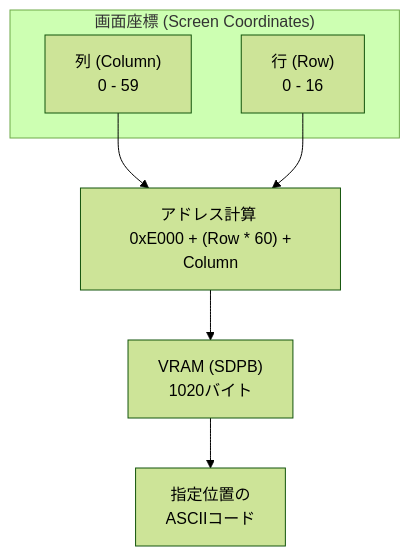
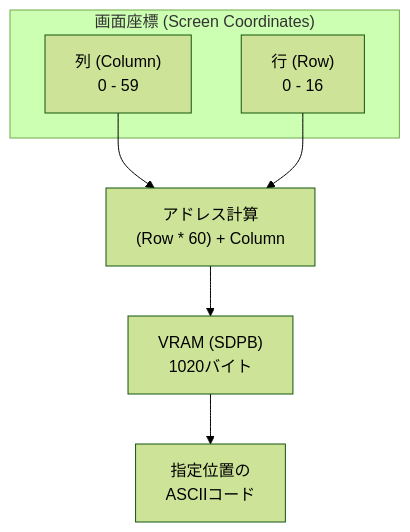
One commit to sokoide/tangnano_6502_cpu changed the second of 2 diagrams in day04_completed/README_ja.md. Above: the diagram before and after it, drawn with Mermaid (forest theme). The commit also changed other lines of this file and 151 other files, not shown here.

````diff
--- a/day04_completed/README_ja.md
+++ b/day04_completed/README_ja.md
@@ -87,11 +88,11 @@
 ```mermaid
 graph TD
     subgraph "画面座標 (Screen Coordinates)"
         C["列 (Column) <br/> 0 - 59"]
         R["行 (Row) <br/> 0 - 16"]
     end
-    C --> CALC["アドレス計算 <br/> 0xE000 + (Row * 60) + Column"]
+    C --> CALC["アドレス計算 <br/>  (Row * 60) + Column"]
     R --> CALC
     CALC --> VRAM["VRAM (SDPB) <br/> 1020バイト"]
     VRAM --> OUT["指定位置の <br/> ASCIIコード"]
 ```
````
